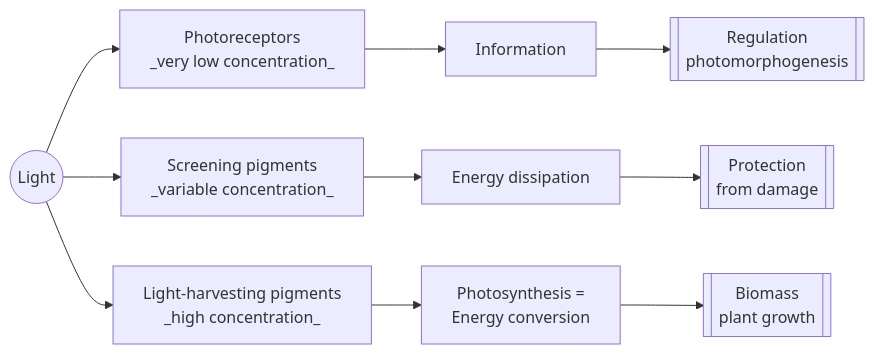
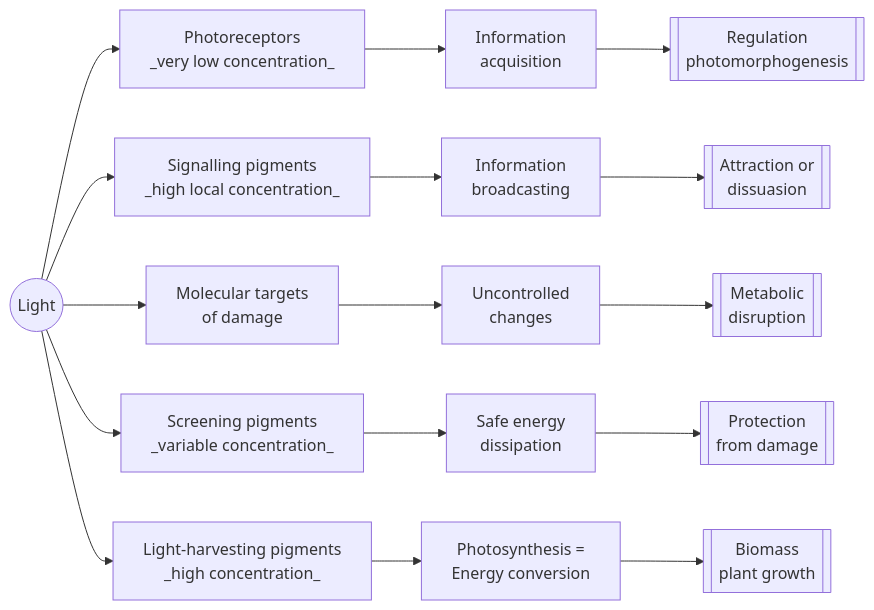
The first of 2 diagrams in introduction.qmd (aphalo/uv4p-handbook-2ed-quarto), drawn with Mermaid before and after one commit. The commit also changed other lines of this file and 13 other files, not shown here.

````diff
--- a/introduction.qmd
+++ b/introduction.qmd
@@ -39,10 +41,14 @@
 ```{mermaid}
 flowchart LR
 L((Light)) --> Ph[Photoreceptors<br/> _very low concentration_]
-Ph --> In[Information] --> Rg[[Regulation<br/>photomorphogenesis]]
+Ph --> In[Information<br/>acquisition] --> Rg[[Regulation<br/>photomorphogenesis]]
+L --> Sp["Signalling" pigments<br/>_high local concentration_]
+Sp --> Bc[Information<br/>broadcasting] --> AD[[Attraction or<br/>dissuasion]]
+L --> Tg[Molecular targets<br/>of damage]
+Tg --> Uc[Uncontrolled<br/>changes] --> Lf[[Metabolic<br/>disruption]]
 L --> Sc[Screening pigments<br/> _variable concentration_] 
-Sc --> Ed[Energy dissipation] --> Pr[[Protection<br/>from damage]]
+Sc --> Ed[Safe energy<br/>dissipation] --> Pr[[Protection<br/>from damage]]
 L --> Lh[Light-harvesting pigments<br/> _high concentration_] 
 Lh --> Ps[Photosynthesis =<br/>Energy conversion] --> Gr[[Biomass<br/>plant growth]]
 
 ```
````
